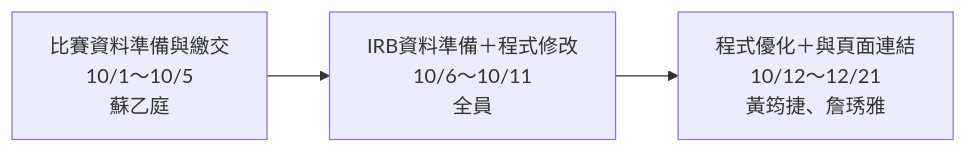
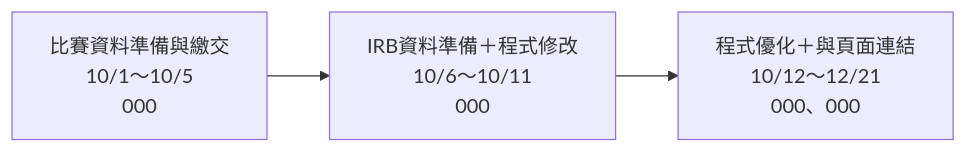
One commit to c113118223-xin/115-b-team changed the second of 2 diagrams in team_02.md. Above: the diagram before and after it, drawn with Mermaid. The commit also changed other lines of this file, not shown here.

````diff
--- a/team_02.md
+++ b/team_02.md
@@ -44,9 +44,9 @@
 ```mermaid
 flowchart LR
 
-    A["比賽資料準備與繳交<br/>10/1～10/5<br/>蘇乙庭"]
-    B["IRB資料準備＋程式修改<br/>10/6～10/11<br/>全員"]
-    C["程式優化＋與頁面連結<br/>10/12～12/21<br/>黃筠捷、詹琇雅"]
+    A["比賽資料準備與繳交<br/>10/1～10/5<br/>000"]
+    B["IRB資料準備＋程式修改<br/>10/6～10/11<br/>000"]
+    C["程式優化＋與頁面連結<br/>10/12～12/21<br/>000、000"]
 
     A --> B --> C
 ```
````
